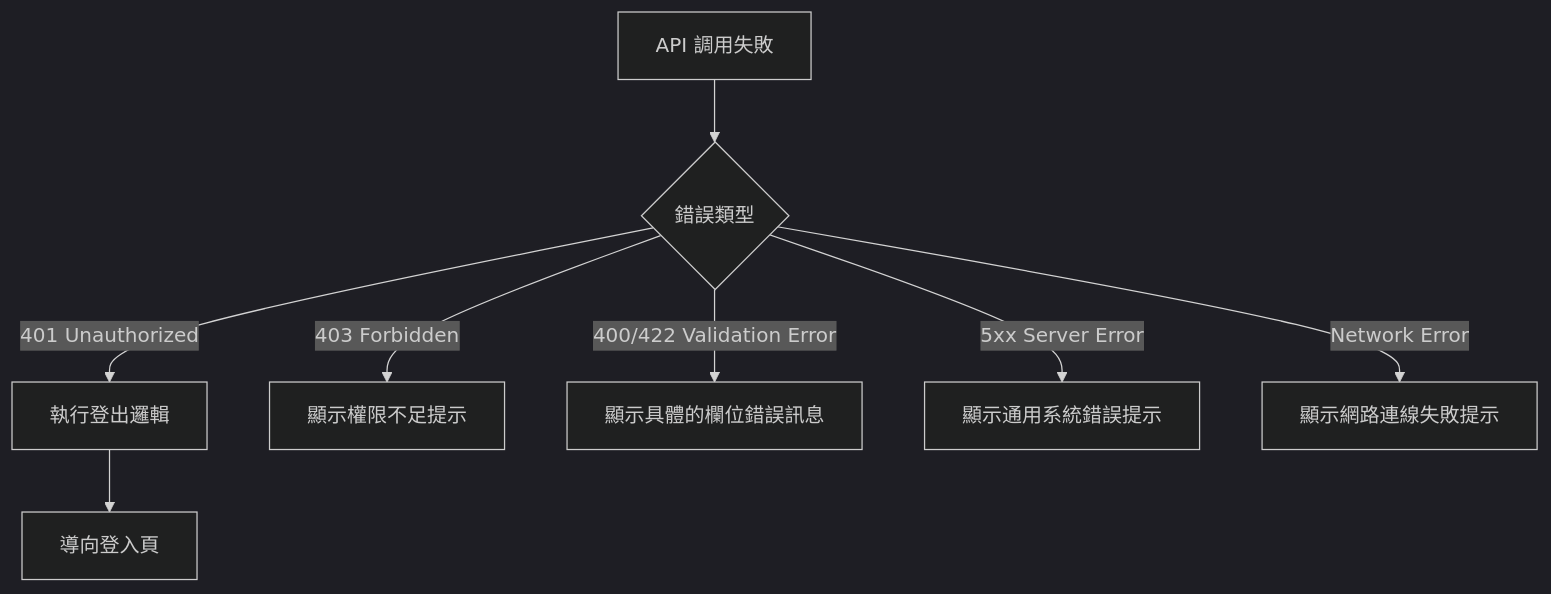
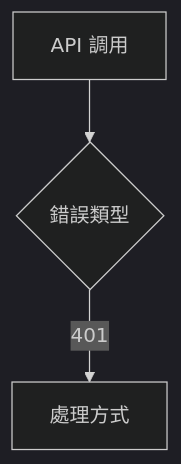
The diagram in .analysis-kit/templates/api-template.md (SusanHuang91APP/analysis-tool-kit), drawn with Mermaid (dark theme) before and after one commit. The commit also changed other lines of this file and 13 other files, not shown here.

````diff
--- a/.analysis-kit/templates/api-template.md
+++ b/.analysis-kit/templates/api-template.md
@@ -51,10 +49,5 @@
 ```mermaid
 graph TD
-    A[API 調用失敗] --> B{錯誤類型}
-    B -->|401 Unauthorized| C[執行登出邏輯]
-    C --> D[導向登入頁]
-    B -->|403 Forbidden| E[顯示權限不足提示]
-    B -->|400/422 Validation Error| F[顯示具體的欄位錯誤訊息]
-    B -->|5xx Server Error| G[顯示通用系統錯誤提示]
-    B -->|Network Error| H[顯示網路連線失敗提示]
+    A[API 調用] --> B{錯誤類型}
+    B -->|401| C[處理方式]
 ```
````
